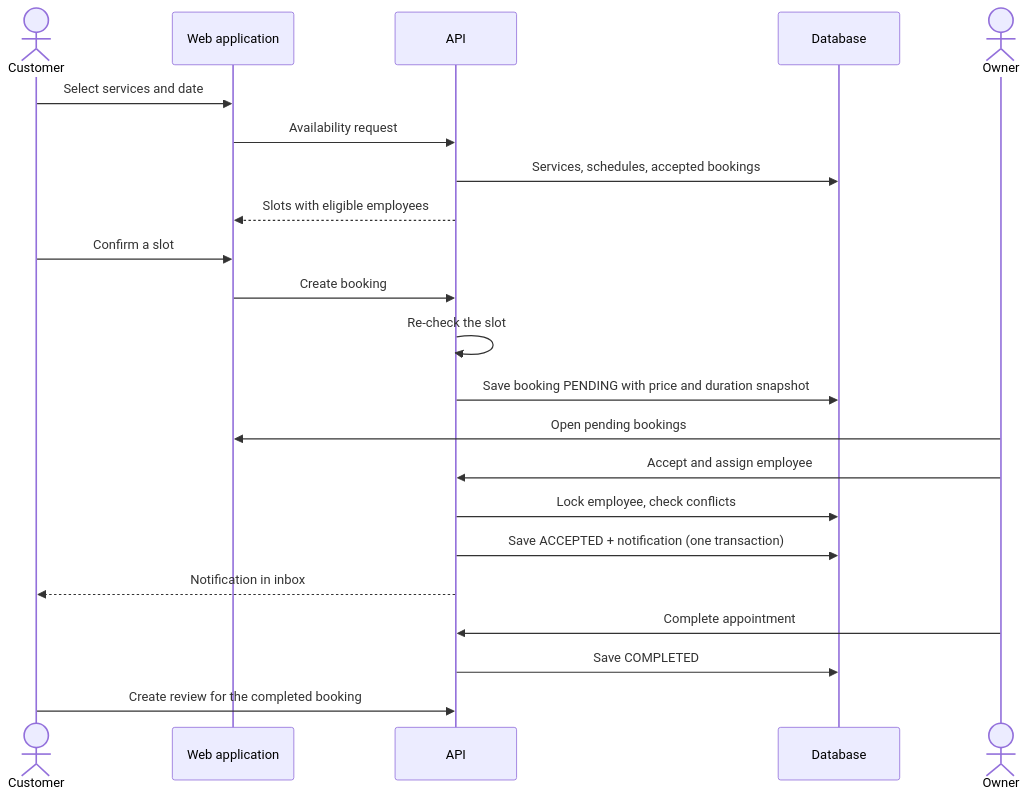
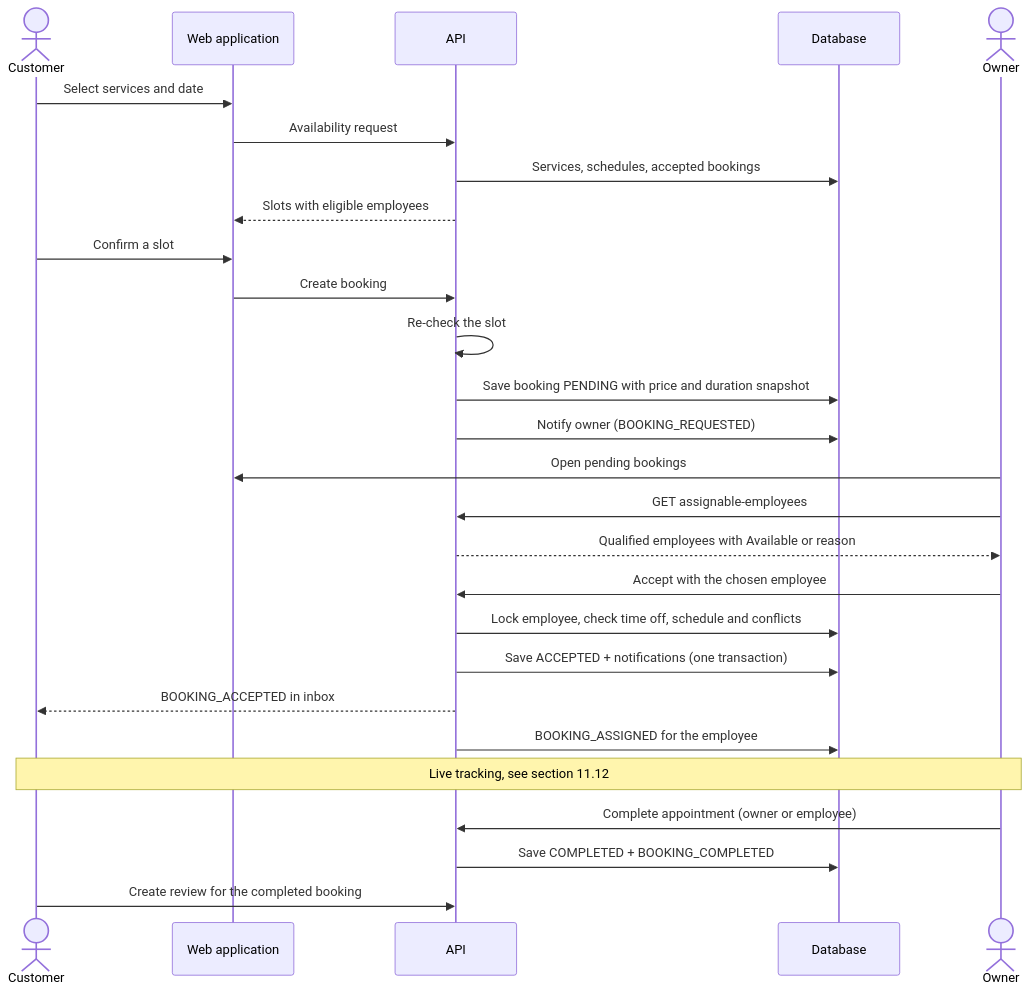
Diagram 14 of 22 in documentation/Salon-Hup-Project-Documentation.md (ghalebshhab/Salon-hub-backend), drawn with Mermaid before and after one commit. The commit also changed other lines of this file and 1 other file, not shown here.

````diff
--- a/documentation/Salon-Hup-Project-Documentation.md
+++ b/documentation/Salon-Hup-Project-Documentation.md
@@ -639,24 +914,29 @@
 ```mermaid
 sequenceDiagram
     actor C as Customer
     participant W as Web application
     participant A as API
     participant D as Database
     actor O as Owner
     C->>W: Select services and date
     W->>A: Availability request
     A->>D: Services, schedules, accepted bookings
     A-->>W: Slots with eligible employees
     C->>W: Confirm a slot
     W->>A: Create booking
     A->>A: Re-check the slot
     A->>D: Save booking PENDING with price and duration snapshot
+    A->>D: Notify owner (BOOKING_REQUESTED)
     O->>W: Open pending bookings
-    O->>A: Accept and assign employee
-    A->>D: Lock employee, check conflicts
-    A->>D: Save ACCEPTED + notification (one transaction)
-    A-->>C: Notification in inbox
-    O->>A: Complete appointment
-    A->>D: Save COMPLETED
+    O->>A: GET assignable-employees
+    A-->>O: Qualified employees with Available or reason
+    O->>A: Accept with the chosen employee
+    A->>D: Lock employee, check time off, schedule and conflicts
+    A->>D: Save ACCEPTED + notifications (one transaction)
+    A-->>C: BOOKING_ACCEPTED in inbox
+    A->>D: BOOKING_ASSIGNED for the employee
+    Note over C,O: Live tracking, see section 11.12
+    O->>A: Complete appointment (owner or employee)
+    A->>D: Save COMPLETED + BOOKING_COMPLETED
     C->>A: Create review for the completed booking
 ```
````
